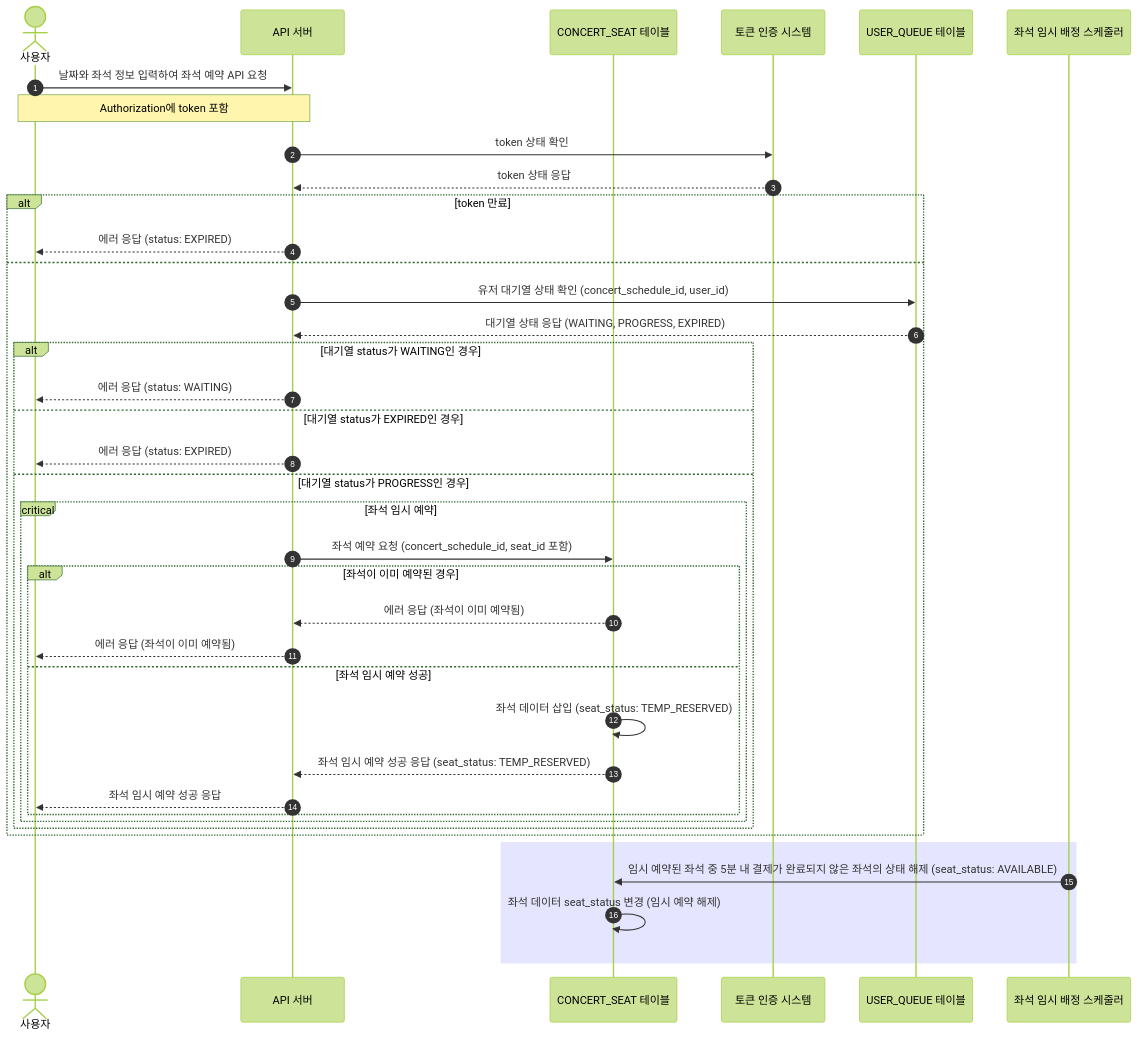
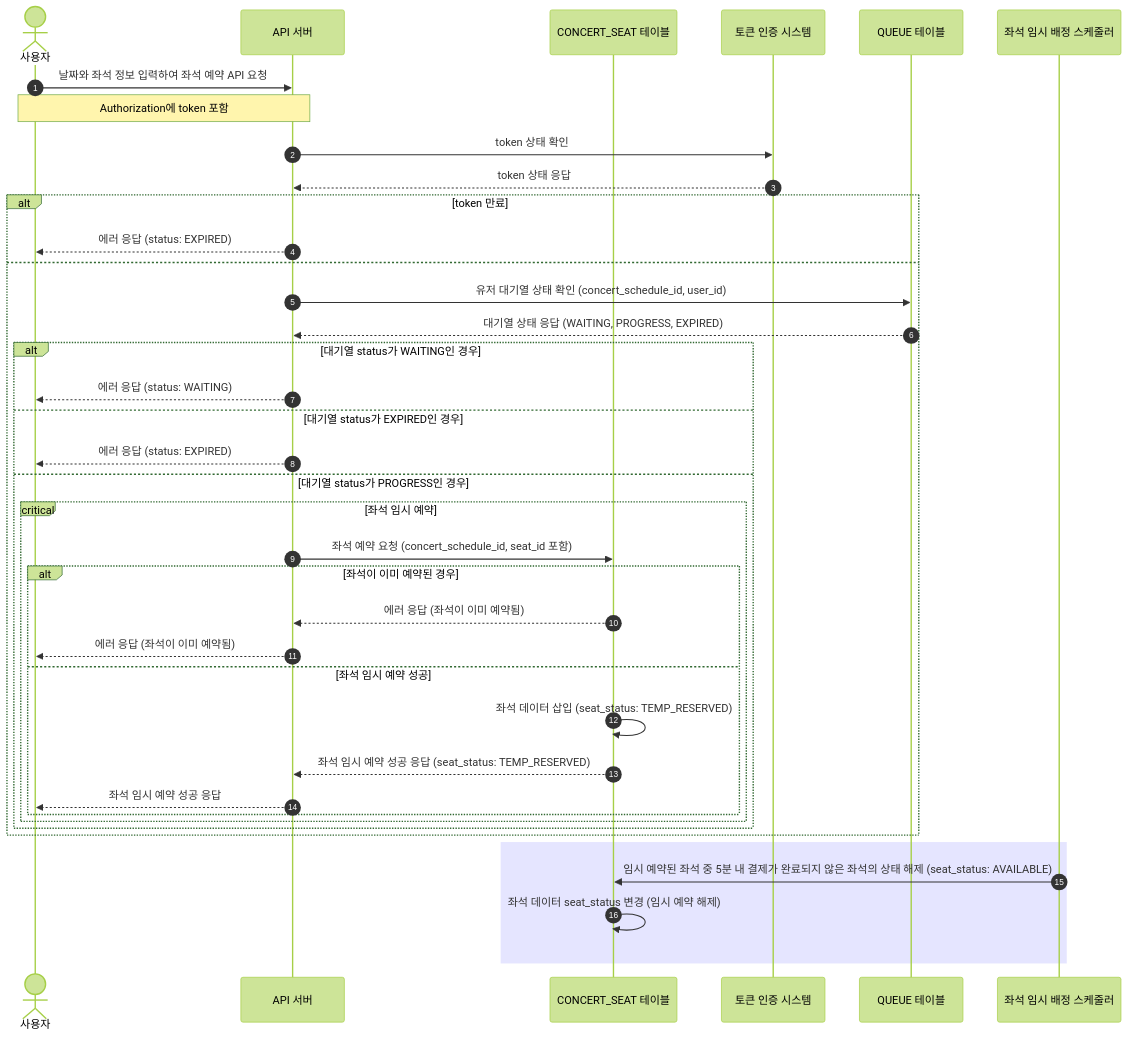
One commit to Cheondongmin/concert-java changed the fifth of 8 diagrams in docs/sequence.md. Above: the diagram before and after it, drawn with Mermaid (forest theme). The commit also changed other lines of this file and 3 other files, not shown here.

````diff
--- a/docs/sequence.md
+++ b/docs/sequence.md
@@ -94,44 +110,44 @@
 ```mermaid
 sequenceDiagram
     autonumber
     actor 사용자 as 사용자
     participant API as API 서버
     participant CONCERT_SEAT as CONCERT_SEAT 테이블
     participant AUTH as 토큰 인증 시스템
-    participant USER_QUEUE as USER_QUEUE 테이블
+    participant QUEUE as QUEUE 테이블
     participant SEAT_SCHEDULER as 좌석 임시 배정 스케줄러
 
     사용자 ->> API: 날짜와 좌석 정보 입력하여 좌석 예약 API 요청
     Note over 사용자, API: Authorization에 token 포함
     API ->> AUTH: token 상태 확인
     AUTH -->> API: token 상태 응답
     alt token 만료
         API -->> 사용자: 에러 응답 (status: EXPIRED)
     else
-        API ->> USER_QUEUE: 유저 대기열 상태 확인 (concert_schedule_id, user_id)
-        USER_QUEUE -->> API: 대기열 상태 응답 (WAITING, PROGRESS, EXPIRED)
+        API ->> QUEUE: 유저 대기열 상태 확인 (concert_schedule_id, user_id)
+        QUEUE -->> API: 대기열 상태 응답 (WAITING, PROGRESS, EXPIRED)
 
         alt 대기열 status가 WAITING인 경우
             API -->> 사용자: 에러 응답 (status: WAITING)
         else 대기열 status가 EXPIRED인 경우
             API -->> 사용자: 에러 응답 (status: EXPIRED)
         else 대기열 status가 PROGRESS인 경우
             critical 좌석 임시 예약
                 API ->> CONCERT_SEAT: 좌석 예약 요청 (concert_schedule_id, seat_id 포함)
                 alt 좌석이 이미 예약된 경우
                     CONCERT_SEAT -->> API: 에러 응답 (좌석이 이미 예약됨)
                     API -->> 사용자: 에러 응답 (좌석이 이미 예약됨)
                 else 좌석 임시 예약 성공
                     CONCERT_SEAT ->> CONCERT_SEAT: 좌석 데이터 삽입 (seat_status: TEMP_RESERVED)
                     CONCERT_SEAT -->> API: 좌석 임시 예약 성공 응답 (seat_status: TEMP_RESERVED)
                     API -->> 사용자: 좌석 임시 예약 성공 응답
                 end
             end
         end
     end
 
     rect rgba(0, 0, 255, .1)
         SEAT_SCHEDULER ->> CONCERT_SEAT: 임시 예약된 좌석 중 5분 내 결제가 완료되지 않은 좌석의 상태 해제 (seat_status: AVAILABLE)
         CONCERT_SEAT ->> CONCERT_SEAT: 좌석 데이터 seat_status 변경 (임시 예약 해제)
     end
 ```
````
